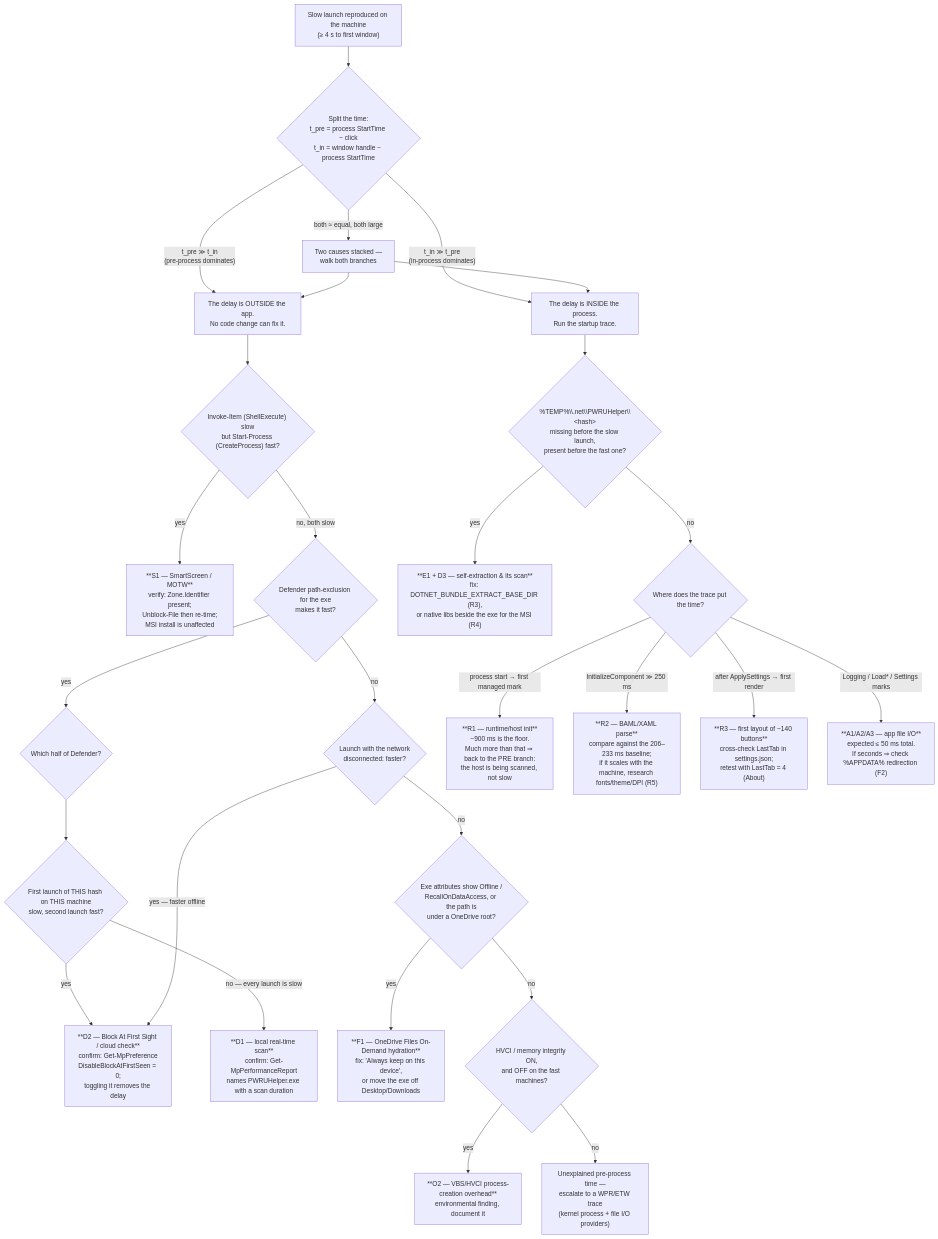
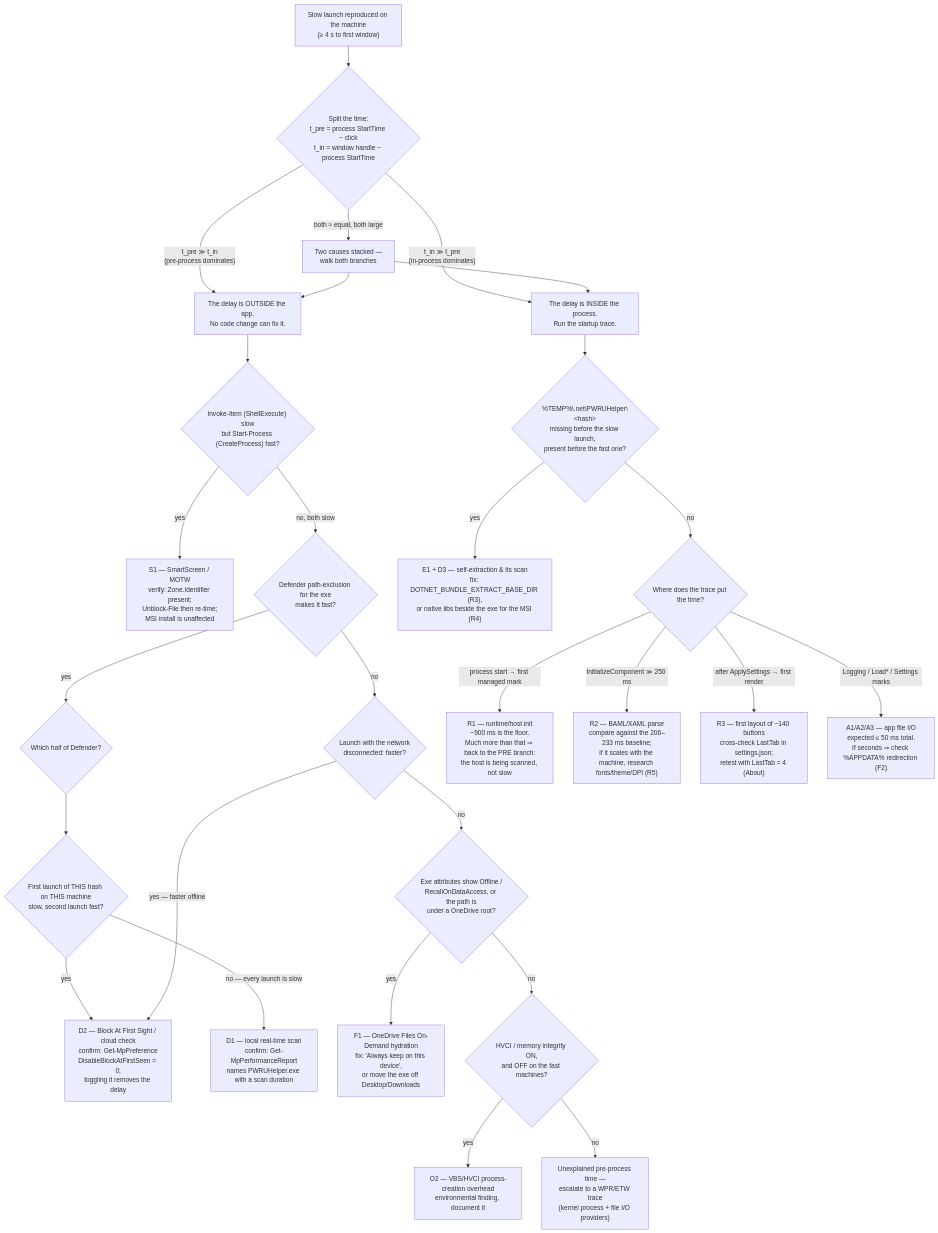
One commit to Kizotis/PWRU-Helper changed the diagram in docs/investigations/01-demarrage/hypotheses-matrice.md. Above: the diagram before and after it, drawn with Mermaid. The commit also changed 3 other files, not shown here.

First line of the commit message:
docs(investigations): Phase 2 closure — SYNTHESE.md (validated), Mermaid fixes, index

````diff
--- a/docs/investigations/01-demarrage/hypotheses-matrice.md
+++ b/docs/investigations/01-demarrage/hypotheses-matrice.md
@@ -169,38 +169,38 @@
 ```mermaid
 flowchart TD
     START["Slow launch reproduced on the machine<br/>(≥ 4 s to first window)"] --> SPLIT{"Split the time:<br/>t_pre = process StartTime − click<br/>t_in = window handle − process StartTime"}
 
     SPLIT -->|"t_pre ≫ t_in<br/>(pre-process dominates)"| PRE["The delay is OUTSIDE the app.<br/>No code change can fix it."]
     SPLIT -->|"t_in ≫ t_pre<br/>(in-process dominates)"| IN["The delay is INSIDE the process.<br/>Run the startup trace."]
     SPLIT -->|"both ≈ equal, both large"| BOTH["Two causes stacked —<br/>walk both branches"]
 
     PRE --> SHELL{"Invoke-Item (ShellExecute) slow<br/>but Start-Process (CreateProcess) fast?"}
-    SHELL -->|yes| S1LEAF["**S1 — SmartScreen / MOTW**<br/>verify: Zone.Identifier present;<br/>Unblock-File then re-time;<br/>MSI install is unaffected"]
+    SHELL -->|yes| S1LEAF["S1 — SmartScreen / MOTW<br/>verify: Zone.Identifier present;<br/>Unblock-File then re-time;<br/>MSI install is unaffected"]
     SHELL -->|no, both slow| AV{"Defender path-exclusion for the exe<br/>makes it fast?"}
 
     AV -->|yes| WHICH{"Which half of Defender?"}
     AV -->|no| CLOUDLESS{"Launch with the network<br/>disconnected: faster?"}
 
     WHICH --> FIRST{"First launch of THIS hash on THIS machine<br/>slow, second launch fast?"}
-    FIRST -->|yes| D2LEAF["**D2 — Block At First Sight / cloud check**<br/>confirm: Get-MpPreference<br/>DisableBlockAtFirstSeen = 0;<br/>toggling it removes the delay"]
-    FIRST -->|"no — every launch is slow"| D1LEAF["**D1 — local real-time scan**<br/>confirm: Get-MpPerformanceReport<br/>names PWRUHelper.exe with a scan duration"]
+    FIRST -->|yes| D2LEAF["D2 — Block At First Sight / cloud check<br/>confirm: Get-MpPreference<br/>DisableBlockAtFirstSeen = 0;<br/>toggling it removes the delay"]
+    FIRST -->|"no — every launch is slow"| D1LEAF["D1 — local real-time scan<br/>confirm: Get-MpPerformanceReport<br/>names PWRUHelper.exe with a scan duration"]
 
     CLOUDLESS -->|"yes — faster offline"| D2LEAF
     CLOUDLESS -->|no| FILE{"Exe attributes show Offline /<br/>RecallOnDataAccess, or the path is<br/>under a OneDrive root?"}
-    FILE -->|yes| F1LEAF["**F1 — OneDrive Files On-Demand hydration**<br/>fix: 'Always keep on this device',<br/>or move the exe off Desktop/Downloads"]
+    FILE -->|yes| F1LEAF["F1 — OneDrive Files On-Demand hydration<br/>fix: 'Always keep on this device',<br/>or move the exe off Desktop/Downloads"]
     FILE -->|no| OSCHK{"HVCI / memory integrity ON,<br/>and OFF on the fast machines?"}
-    OSCHK -->|yes| O2LEAF["**O2 — VBS/HVCI process-creation overhead**<br/>environmental finding, document it"]
+    OSCHK -->|yes| O2LEAF["O2 — VBS/HVCI process-creation overhead<br/>environmental finding, document it"]
     OSCHK -->|no| UNEX["Unexplained pre-process time —<br/>escalate to a WPR/ETW trace<br/>(kernel process + file I/O providers)"]
 
-    IN --> TEMP{"%TEMP%\\.net\\PWRUHelper\\&lt;hash&gt;<br/>missing before the slow launch,<br/>present before the fast one?"}
-    TEMP -->|yes| E1LEAF["**E1 + D3 — self-extraction & its scan**<br/>fix: DOTNET_BUNDLE_EXTRACT_BASE_DIR (R3),<br/>or native libs beside the exe for the MSI (R4)"]
+    IN --> TEMP{"%TEMP%\.net\PWRUHelper\&lt;hash&gt;<br/>missing before the slow launch,<br/>present before the fast one?"}
+    TEMP -->|yes| E1LEAF["E1 + D3 — self-extraction & its scan<br/>fix: DOTNET_BUNDLE_EXTRACT_BASE_DIR (R3),<br/>or native libs beside the exe for the MSI (R4)"]
     TEMP -->|no| TRACE{"Where does the trace put the time?"}
 
-    TRACE -->|"process start → first managed mark"| R1LEAF["**R1 — runtime/host init**<br/>~900 ms is the floor.<br/>Much more than that ⇒ back to the PRE branch:<br/>the host is being scanned, not slow"]
-    TRACE -->|"InitializeComponent ≫ 250 ms"| R2LEAF["**R2 — BAML/XAML parse**<br/>compare against the 206–233 ms baseline;<br/>if it scales with the machine, research fonts/theme/DPI (R5)"]
-    TRACE -->|"after ApplySettings → first render"| R3LEAF["**R3 — first layout of ~140 buttons**<br/>cross-check LastTab in settings.json;<br/>retest with LastTab = 4 (About)"]
-    TRACE -->|"Logging / Load* / Settings marks"| A1LEAF["**A1/A2/A3 — app file I/O**<br/>expected ≤ 50 ms total.<br/>If seconds ⇒ check %APPDATA% redirection (F2)"]
+    TRACE -->|"process start → first managed mark"| R1LEAF["R1 — runtime/host init<br/>~900 ms is the floor.<br/>Much more than that ⇒ back to the PRE branch:<br/>the host is being scanned, not slow"]
+    TRACE -->|"InitializeComponent ≫ 250 ms"| R2LEAF["R2 — BAML/XAML parse<br/>compare against the 206–233 ms baseline;<br/>if it scales with the machine, research fonts/theme/DPI (R5)"]
+    TRACE -->|"after ApplySettings → first render"| R3LEAF["R3 — first layout of ~140 buttons<br/>cross-check LastTab in settings.json;<br/>retest with LastTab = 4 (About)"]
+    TRACE -->|"Logging / Load* / Settings marks"| A1LEAF["A1/A2/A3 — app file I/O<br/>expected ≤ 50 ms total.<br/>If seconds ⇒ check %APPDATA% redirection (F2)"]
 
     BOTH --> PRE
     BOTH --> IN
 ```
````
